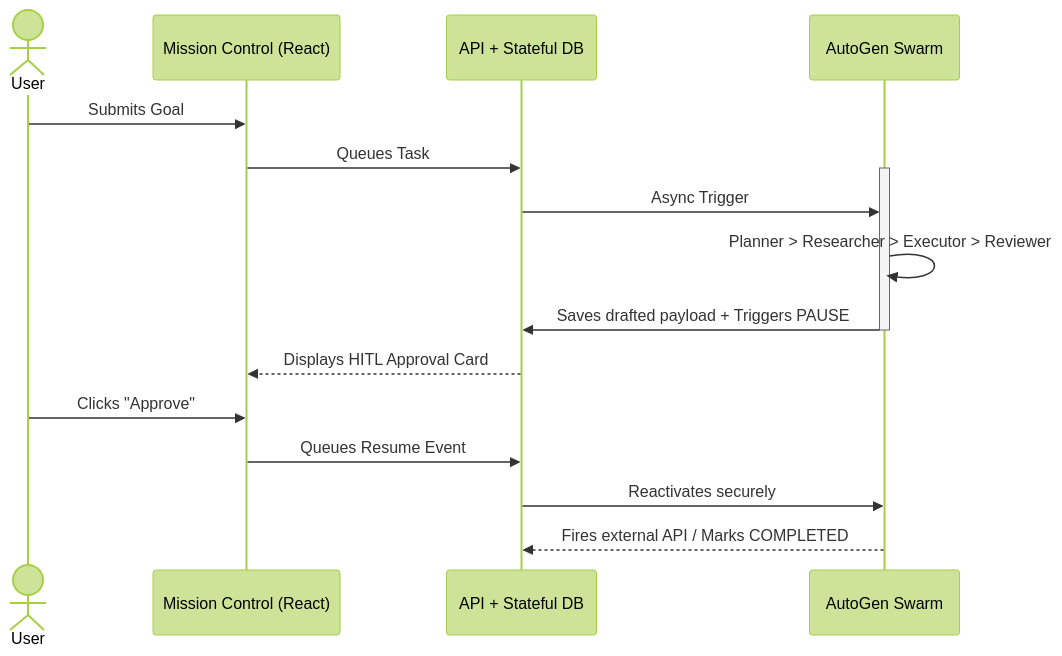
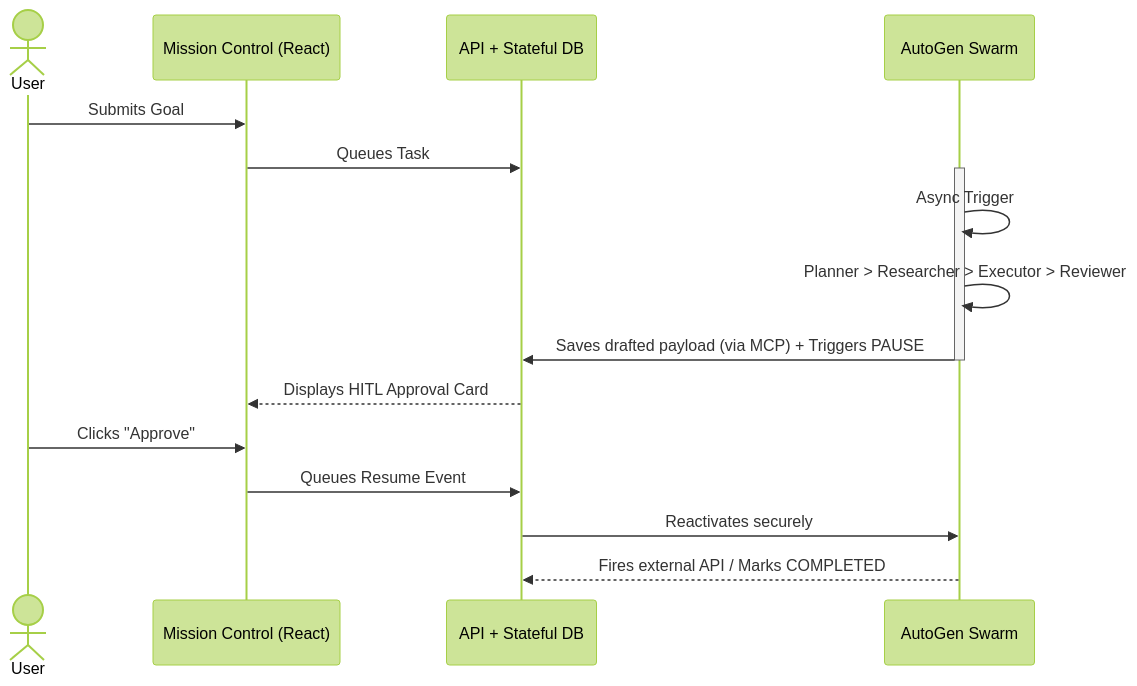
The first of 2 diagrams in pptx22.md (SakuDaku05/OrchtrAI), drawn with Mermaid (forest theme) before and after one commit. The commit also changed other lines of this file and 1 other file, not shown here.

Commit message:
docs: Update architecture presentation slides with MCP details

````diff
--- a/pptx22.md
+++ b/pptx22.md
@@ -45,20 +47,20 @@
 ```mermaid
 sequenceDiagram
     actor User
     participant App as Mission Control (React)
     participant Core as API + Stateful DB
     participant Agents as AutoGen Swarm
 
     User->>App: Submits Goal
     App->>Core: Queues Task 
     activate Agents
-    Core->>Agents: Async Trigger
+    Agents->>Agents: Async Trigger
     Agents->>Agents: Planner > Researcher > Executor > Reviewer
-    Agents->>Core: Saves drafted payload + Triggers PAUSE
+    Agents->>Core: Saves drafted payload (via MCP) + Triggers PAUSE
     deactivate Agents
     Core-->>App: Displays HITL Approval Card
     User->>App: Clicks "Approve"
     App->>Core: Queues Resume Event
     Core->>Agents: Reactivates securely
     Agents-->>Core: Fires external API / Marks COMPLETED
 ```
````
